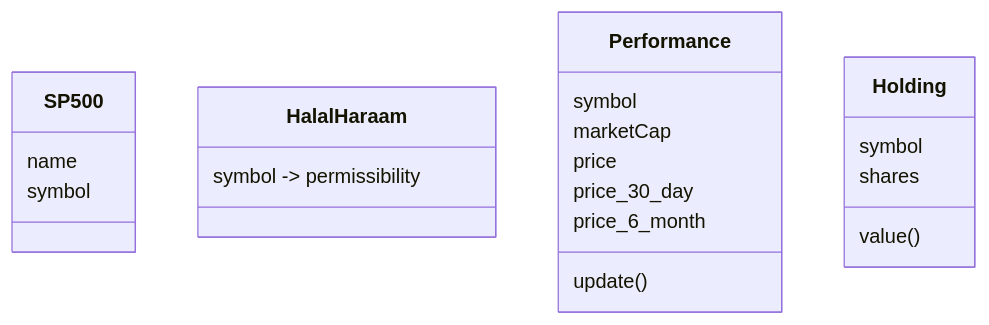
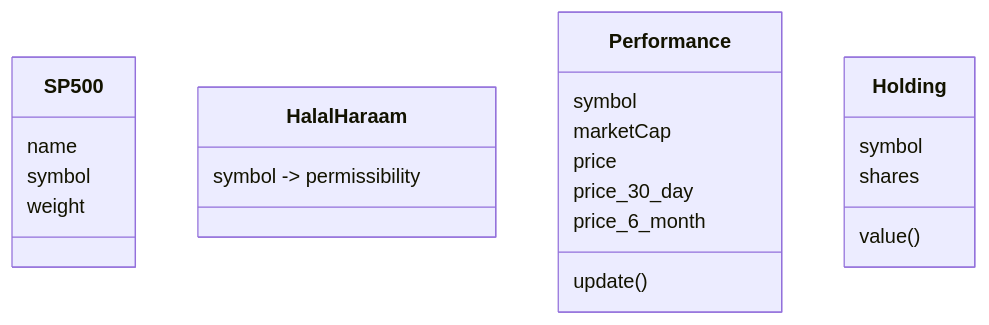
The third of 3 diagrams in notes.md (omarbadoolah/stocks), drawn with Mermaid before and after one commit. The commit also changed 5 other files, not shown here.

````diff
--- a/notes.md
+++ b/notes.md
@@ -96,23 +96,24 @@
 ```mermaid
 classDiagram
   class SP500{ 
     name
 	symbol
+	weight
   }
   class HalalHaraam{
     symbol -> permissibility
   }
   class Performance{
     symbol
 	marketCap
 	price
 	price_30_day
 	price_6_month
 	update()
   }
   class Holding{
     symbol
 	shares
 	value()
   }
 ```
````
